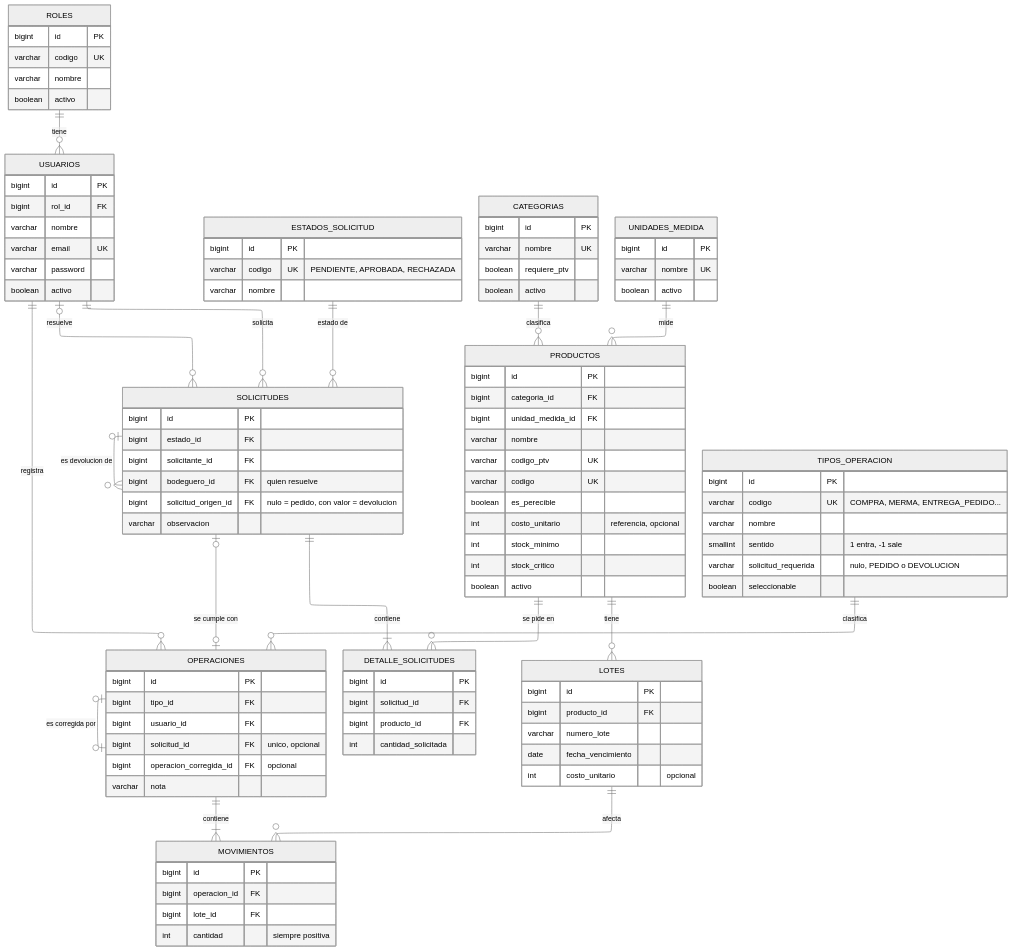
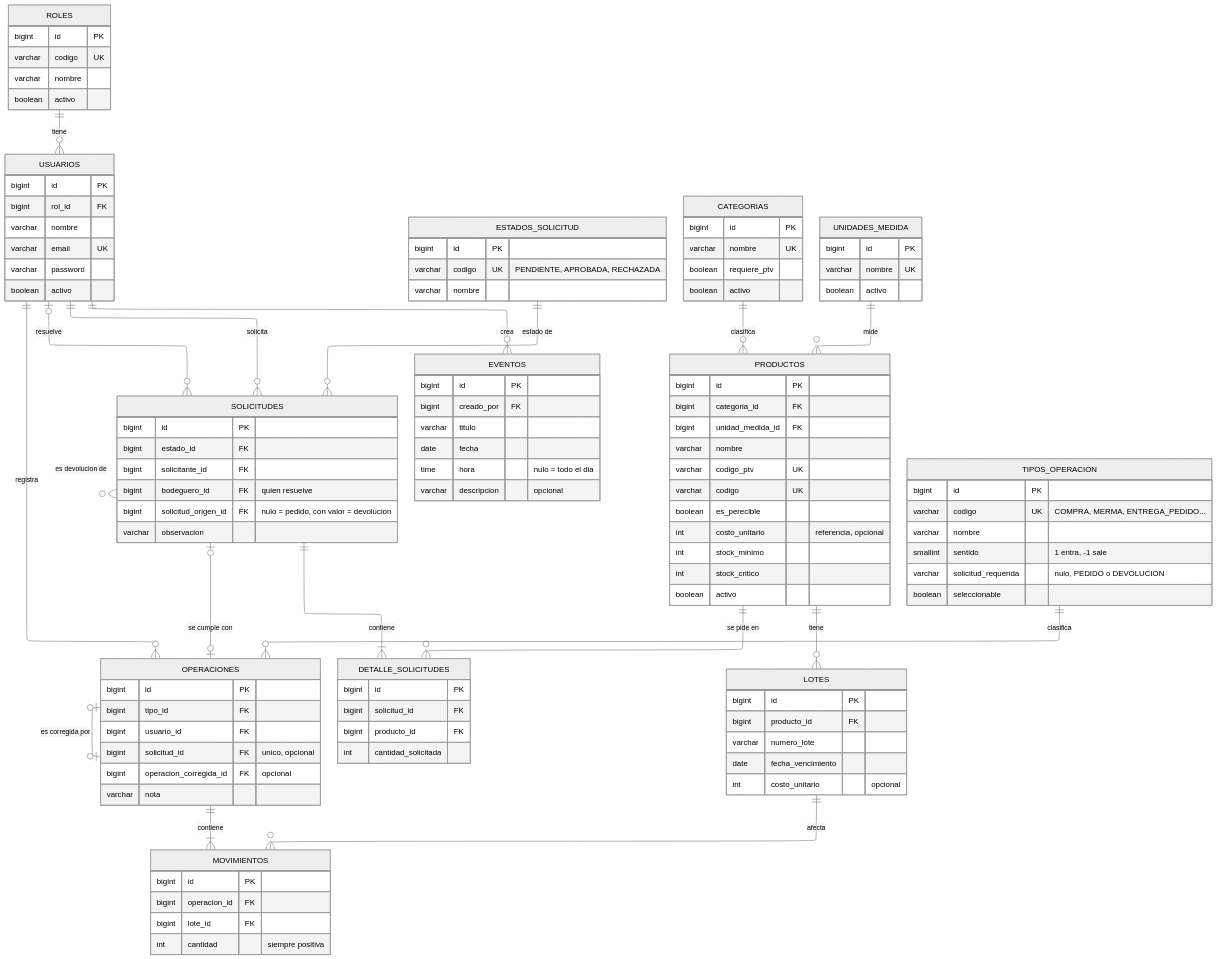
The first of 2 diagrams in FASE-2/EVIDENCIAS-DE-PROYECTO/07-Modelo-de-Datos.md (ezequielesq/SAN-BERNARDO-MALLEN-GONZALEZ-PTY4614-002D-EQUIPO-3), drawn with Mermaid (neutral theme) before and after one commit. The commit also changed other lines of this file and 6 other files, not shown here.

Commit message:
Documenta los eventos y las entradas por Excel y regenera los diagramas

```diff
--- a/FASE-2/EVIDENCIAS-DE-PROYECTO/07-Modelo-de-Datos.md
+++ b/FASE-2/EVIDENCIAS-DE-PROYECTO/07-Modelo-de-Datos.md
@@ -23,6 +23,7 @@
     USUARIOS ||--o{ SOLICITUDES : solicita
     USUARIOS |o--o{ SOLICITUDES : resuelve
     USUARIOS ||--o{ OPERACIONES : registra
+    USUARIOS ||--o{ EVENTOS : crea
 
     ESTADOS_SOLICITUD ||--o{ SOLICITUDES : "estado de"
     SOLICITUDES |o--o{ SOLICITUDES : "es devolucion de"
@@ -114,6 +115,14 @@
         int stock_critico
         boolean activo
     }
+    EVENTOS {
+        bigint id PK
+        bigint creado_por FK
+        varchar titulo
+        date fecha
+        time hora "nulo = todo el dia"
+        varchar descripcion "opcional"
+    }
     CATEGORIAS {
         bigint id PK
         varchar nombre UK
```
